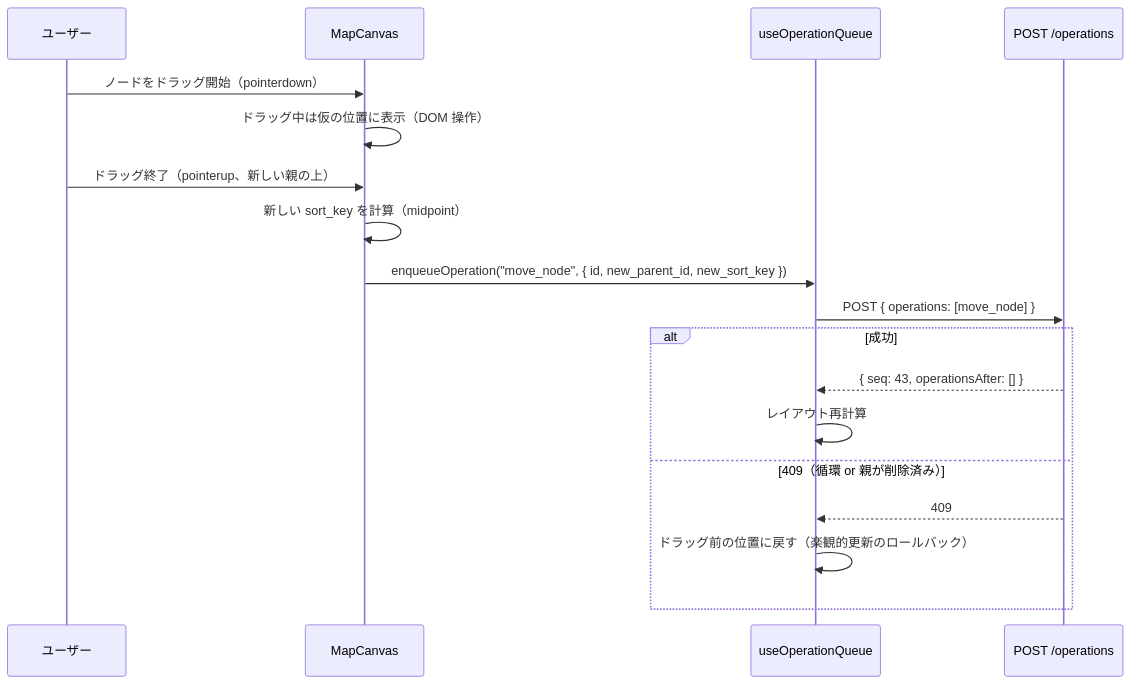
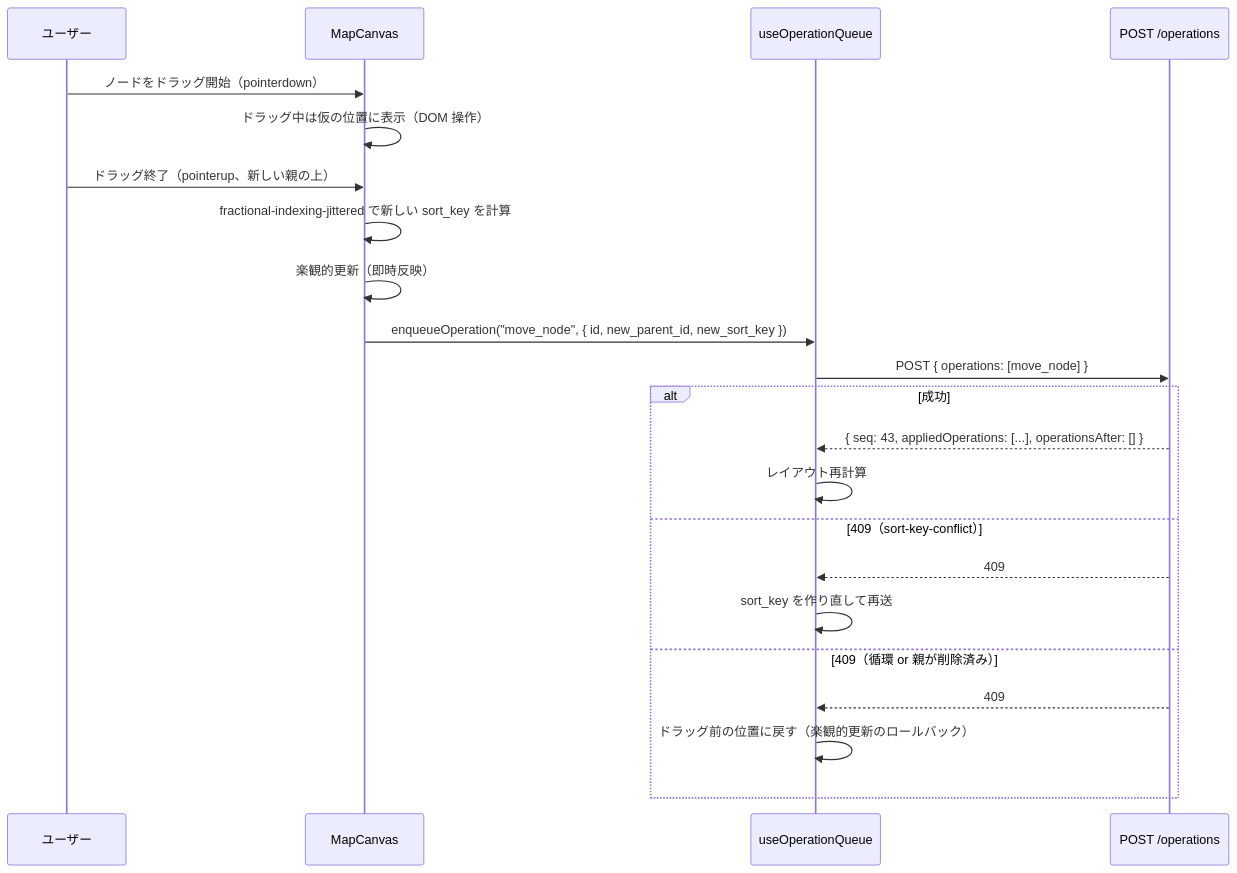
The sixth of 6 diagrams in .kiro/specs/map/design.md (skajihara/thinkronos), drawn with Mermaid before and after one commit. The commit also changed other lines of this file and 1 other file, not shown here.

````diff
--- a/.kiro/specs/map/design.md
+++ b/.kiro/specs/map/design.md
@@ -426,21 +480,25 @@
 ```mermaid
 sequenceDiagram
     participant U as ユーザー
     participant Canvas as MapCanvas
     participant Queue as useOperationQueue
     participant API as POST /operations
 
     U->>Canvas: ノードをドラッグ開始（pointerdown）
     Canvas->>Canvas: ドラッグ中は仮の位置に表示（DOM 操作）
     U->>Canvas: ドラッグ終了（pointerup、新しい親の上）
-    Canvas->>Canvas: 新しい sort_key を計算（midpoint）
+    Canvas->>Canvas: fractional-indexing-jittered で新しい sort_key を計算
+    Canvas->>Canvas: 楽観的更新（即時反映）
     Canvas->>Queue: enqueueOperation("move_node", { id, new_parent_id, new_sort_key })
     Queue->>API: POST { operations: [move_node] }
     alt 成功
-        API-->>Queue: { seq: 43, operationsAfter: [] }
+        API-->>Queue: { seq: 43, appliedOperations: [...], operationsAfter: [] }
         Queue->>Queue: レイアウト再計算
+    else 409（sort-key-conflict）
+        API-->>Queue: 409
+        Queue->>Queue: sort_key を作り直して再送
     else 409（循環 or 親が削除済み）
         API-->>Queue: 409
         Queue->>Queue: ドラッグ前の位置に戻す（楽観的更新のロールバック）
     end
 ```
````
